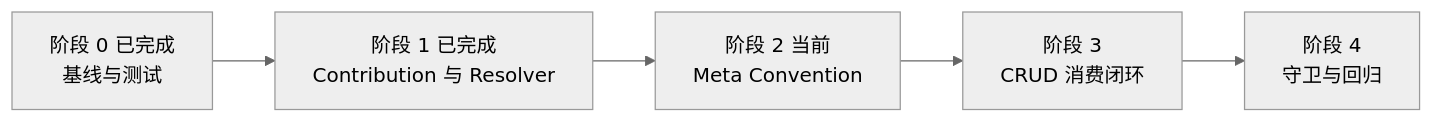
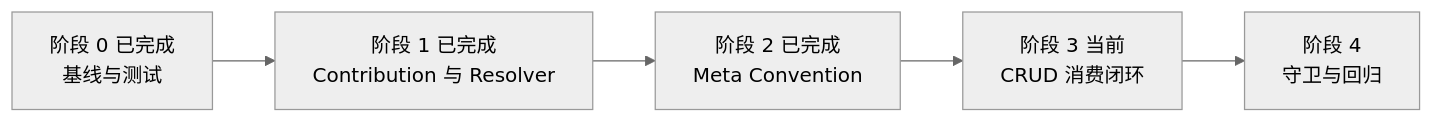
Before and after one commit to ent-loom/ent-loom: the diagram in docs/evolution/roadmap/meta/元数据裁决实施计划.md, drawn with Mermaid (neutral theme). The commit also changed other lines of this file and 9 other files, not shown here.

Commit message:
feat: 完成 Meta Convention

````diff
--- a/docs/evolution/roadmap/meta/元数据裁决实施计划.md
+++ b/docs/evolution/roadmap/meta/元数据裁决实施计划.md
@@ -11,7 +11,7 @@
 ```mermaid
 flowchart LR
     done["阶段 0 已完成<br/>基线与测试"] --> current["阶段 1 已完成<br/>Contribution 与 Resolver"]
-    current --> meta["阶段 2 当前<br/>Meta Convention"]
-    meta --> crud["阶段 3<br/>CRUD 消费闭环"]
+    current --> meta["阶段 2 已完成<br/>Meta Convention"]
+    meta --> crud["阶段 3 当前<br/>CRUD 消费闭环"]
     crud --> guards["阶段 4<br/>守卫与回归"]
 ```
````
